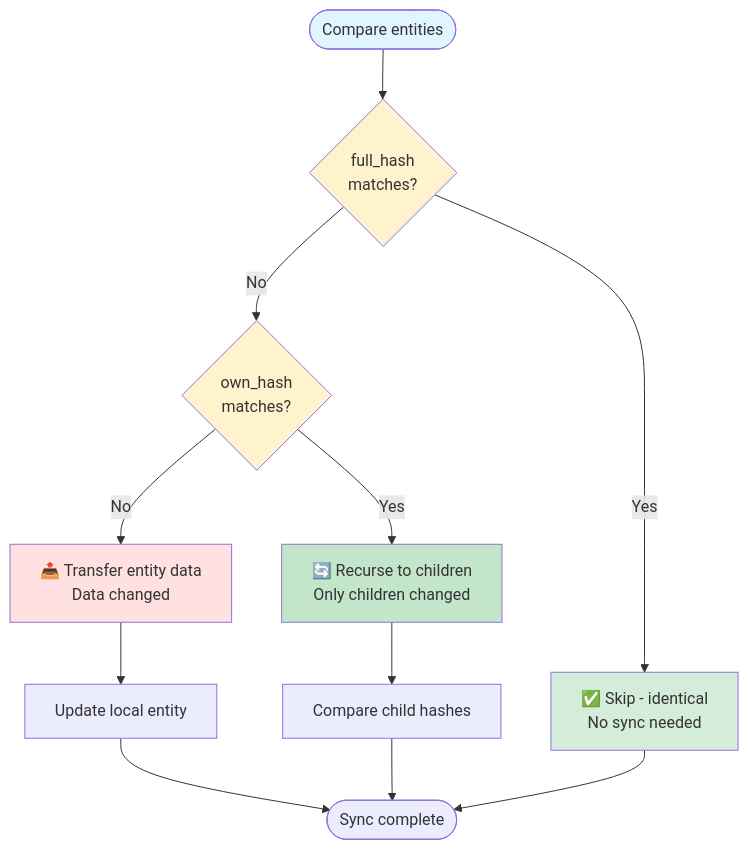
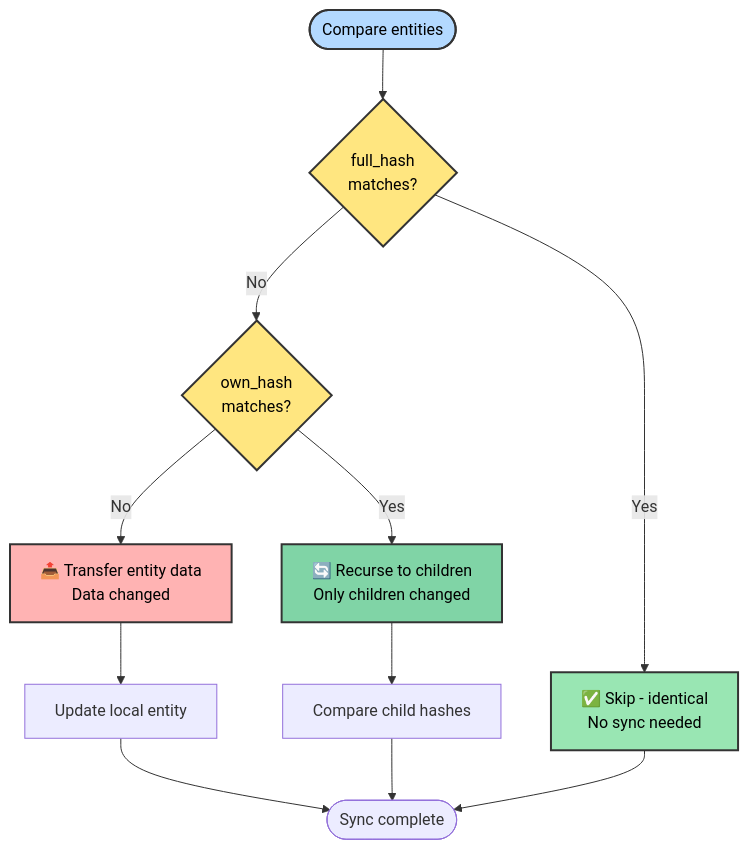
Before and after one commit to calimero-network/core: the third of 8 diagrams in crates/storage/README.md, drawn with Mermaid. The commit also changed other lines of this file and 4 other files, not shown here.

First line of the commit message:
fix(docs): improve mermaid diagram accessibility and fix parsing errors

````diff
--- a/crates/storage/README.md
+++ b/crates/storage/README.md
@@ -235,24 +235,24 @@
 ```mermaid
 flowchart TD
     Start([Compare entities]) --> CompFull{full_hash<br/>matches?}
     
     CompFull -->|Yes| Skip[✅ Skip - identical<br/>No sync needed]
     CompFull -->|No| CompOwn{own_hash<br/>matches?}
     
     CompOwn -->|No| Transfer[📤 Transfer entity data<br/>Data changed]
     CompOwn -->|Yes| Recurse[🔄 Recurse to children<br/>Only children changed]
     
     Transfer --> UpdateLocal[Update local entity]
     Recurse --> CompareChildren[Compare child hashes]
     
     UpdateLocal --> Done([Sync complete])
     CompareChildren --> Done
     Skip --> Done
     
-    style Start fill:#e1f5ff
-    style CompFull fill:#fff3cd
-    style CompOwn fill:#fff3cd
-    style Skip fill:#d4edda
-    style Transfer fill:#ffe1e1
-    style Recurse fill:#c3e6cb
+    style Start fill:#b3d9ff,stroke:#333,stroke-width:2px,color:#000
+    style CompFull fill:#ffe680,stroke:#333,stroke-width:2px,color:#000
+    style CompOwn fill:#ffe680,stroke:#333,stroke-width:2px,color:#000
+    style Skip fill:#99e6b3,stroke:#333,stroke-width:2px,color:#000
+    style Transfer fill:#ffb3b3,stroke:#333,stroke-width:2px,color:#000
+    style Recurse fill:#80d4a6,stroke:#333,stroke-width:2px,color:#000
 ```
````
